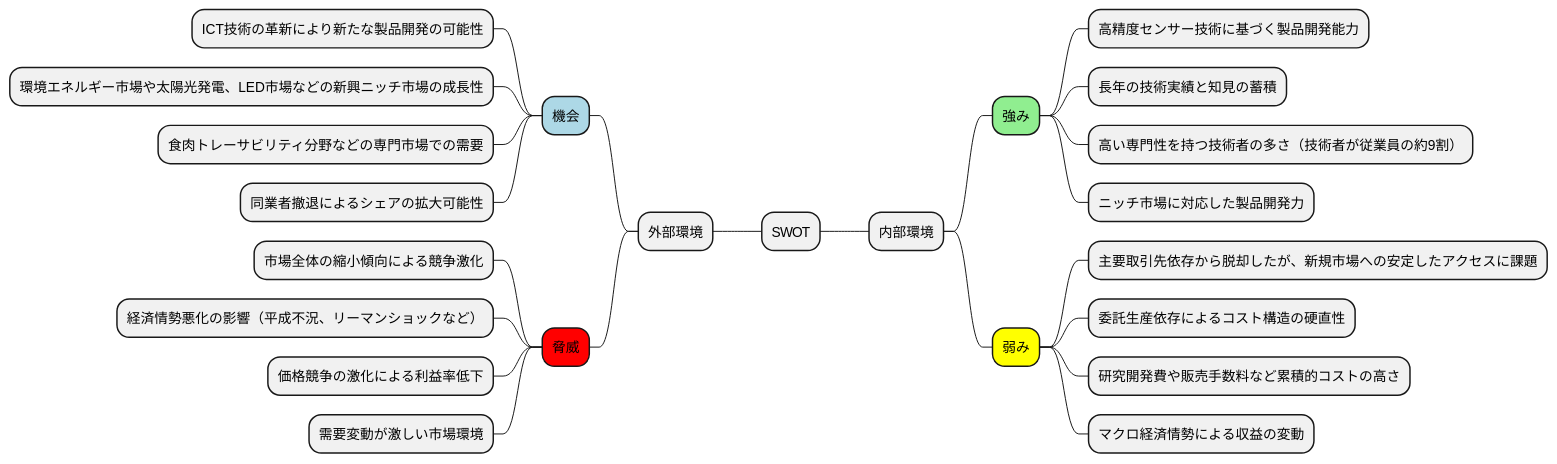
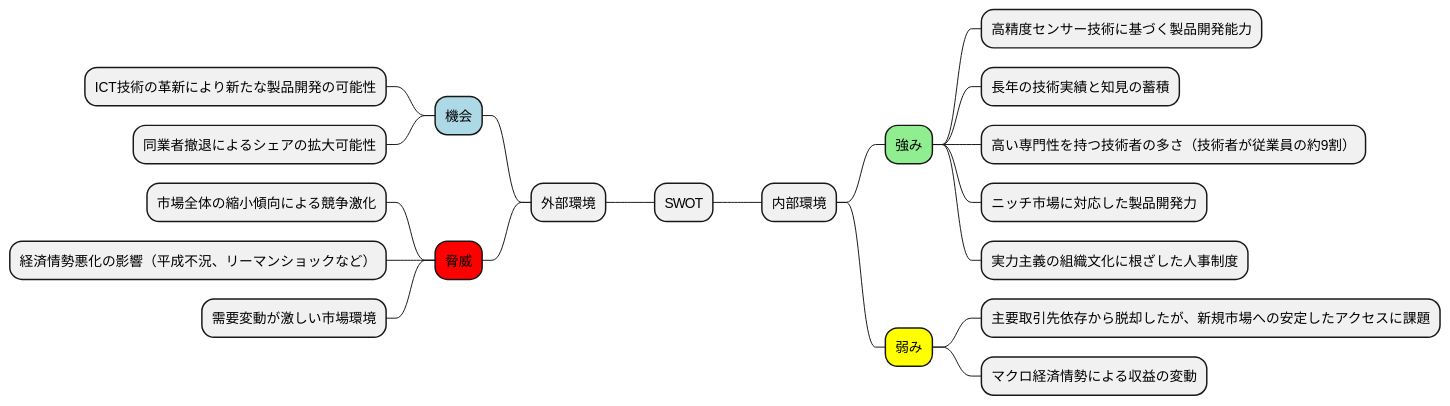
One commit to k2works/case-sutudy-business-analysis changed the third of 19 diagrams in docs/case/h30_case_1.adoc. Above: the diagram before and after it, drawn with PlantUML. The commit also changed other lines of this file, not shown here.

```diff
--- a/docs/case/h30_case_1.adoc
+++ b/docs/case/h30_case_1.adoc
@@ -134,31 +139,27 @@
 [plantuml]
 ----
 @startmindmap
 
 * SWOT
 ** 内部環境
 ***[#lightgreen] 強み
 **** 高精度センサー技術に基づく製品開発能力
 **** 長年の技術実績と知見の蓄積
 **** 高い専門性を持つ技術者の多さ（技術者が従業員の約9割）
 **** ニッチ市場に対応した製品開発力
+**** 実力主義の組織文化に根ざした人事制度
 ***[#yellow] 弱み
 **** 主要取引先依存から脱却したが、新規市場への安定したアクセスに課題
-**** 委託生産依存によるコスト構造の硬直性
-**** 研究開発費や販売手数料など累積的コストの高さ
 **** マクロ経済情勢による収益の変動
 left side
 ** 外部環境
 ***[#lightblue] 機会
 **** ICT技術の革新により新たな製品開発の可能性
-**** 環境エネルギー市場や太陽光発電、LED市場などの新興ニッチ市場の成長性
-**** 食肉トレーサビリティ分野などの専門市場での需要
 **** 同業者撤退によるシェアの拡大可能性
 ***[#red] 脅威
 **** 市場全体の縮小傾向による競争激化
 **** 経済情勢悪化の影響（平成不況、リーマンショックなど）
-**** 価格競争の激化による利益率低下
 **** 需要変動が激しい市場環境
 
 @endmindmap
 ----
```
